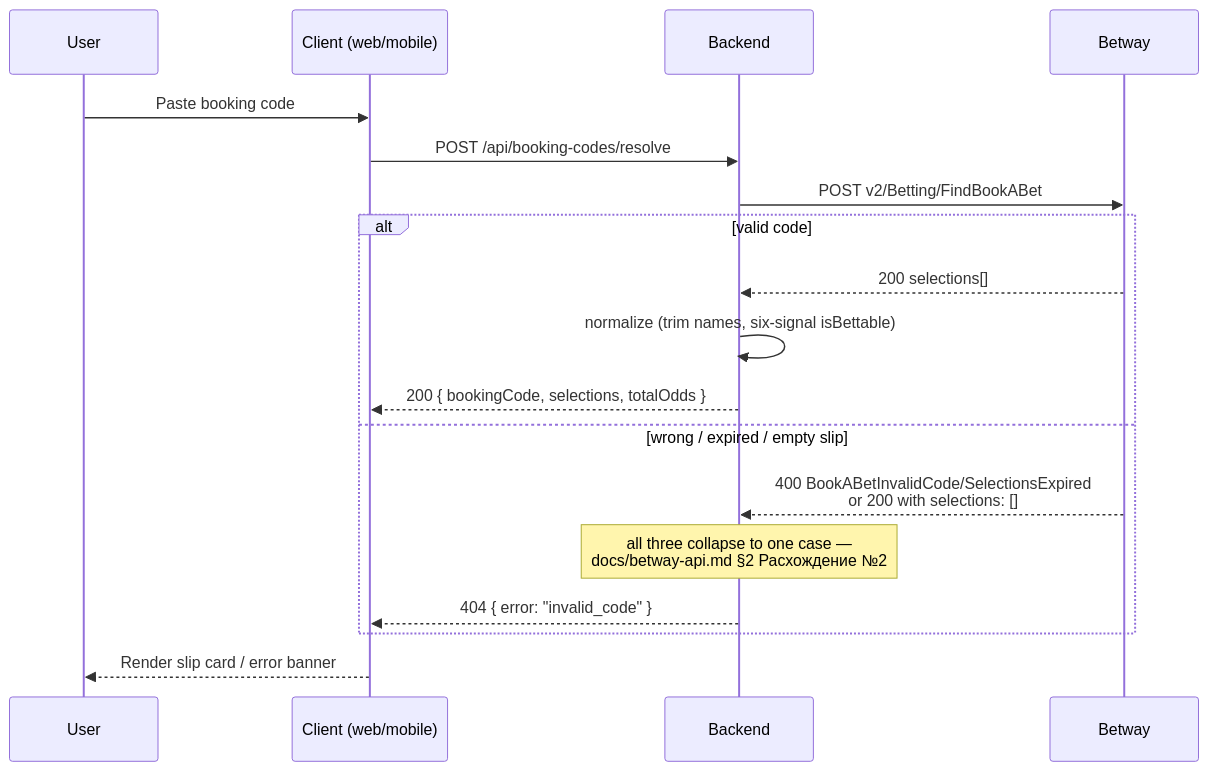
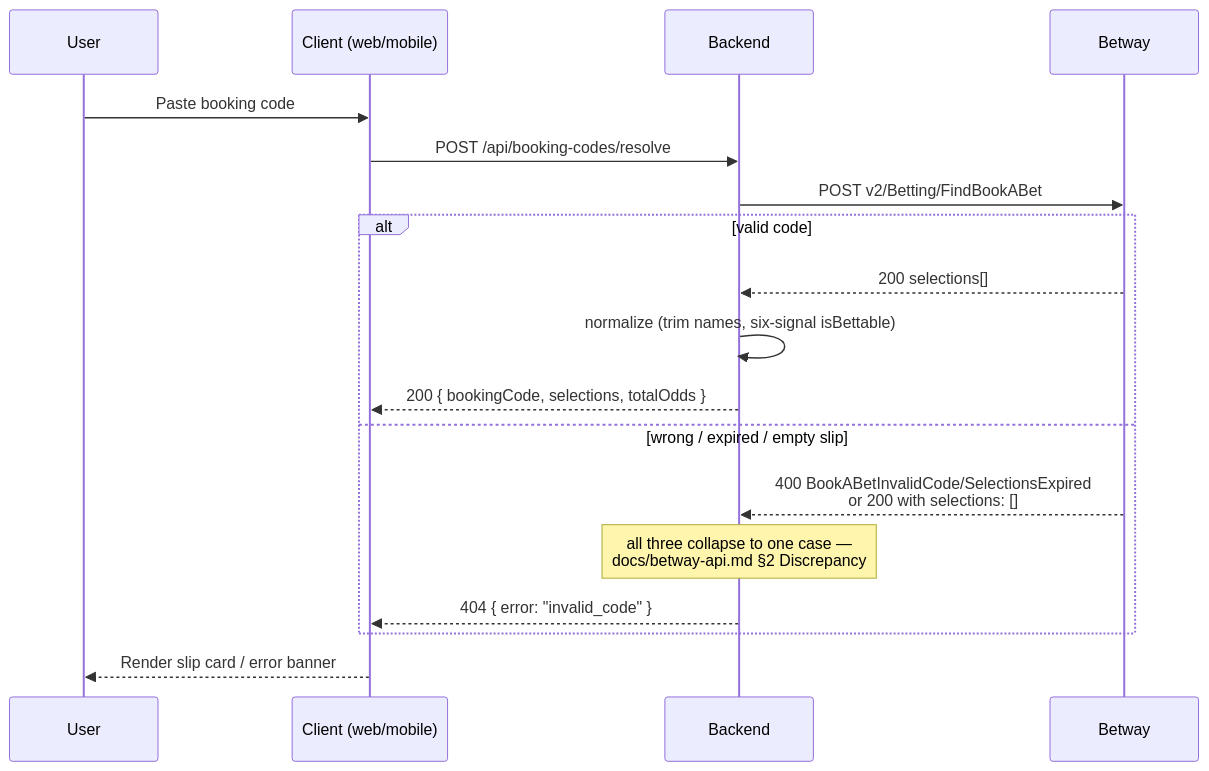
One commit to Slipcheck-Demo/backend changed the second of 4 diagrams in docs/architecture.md. Above: the diagram before and after it, drawn with Mermaid. The commit also changed 3 other files, not shown here.

````diff
--- a/docs/architecture.md
+++ b/docs/architecture.md
@@ -37,21 +37,21 @@
 ```mermaid
 sequenceDiagram
     participant U as User
     participant C as Client (web/mobile)
     participant B as Backend
     participant BW as Betway
 
     U->>C: Paste booking code
     C->>B: POST /api/booking-codes/resolve
     B->>BW: POST v2/Betting/FindBookABet
     alt valid code
         BW-->>B: 200 selections[]
         B->>B: normalize (trim names, six-signal isBettable)
         B-->>C: 200 { bookingCode, selections, totalOdds }
     else wrong / expired / empty slip
         BW-->>B: 400 BookABetInvalidCode/SelectionsExpired<br/>or 200 with selections: []
-        Note over B: all three collapse to one case —<br/>docs/betway-api.md §2 Расхождение №2
+        Note over B: all three collapse to one case —<br/>docs/betway-api.md §2 Discrepancy #2
         B-->>C: 404 { error: "invalid_code" }
     end
     C-->>U: Render slip card / error banner
 ```
````
